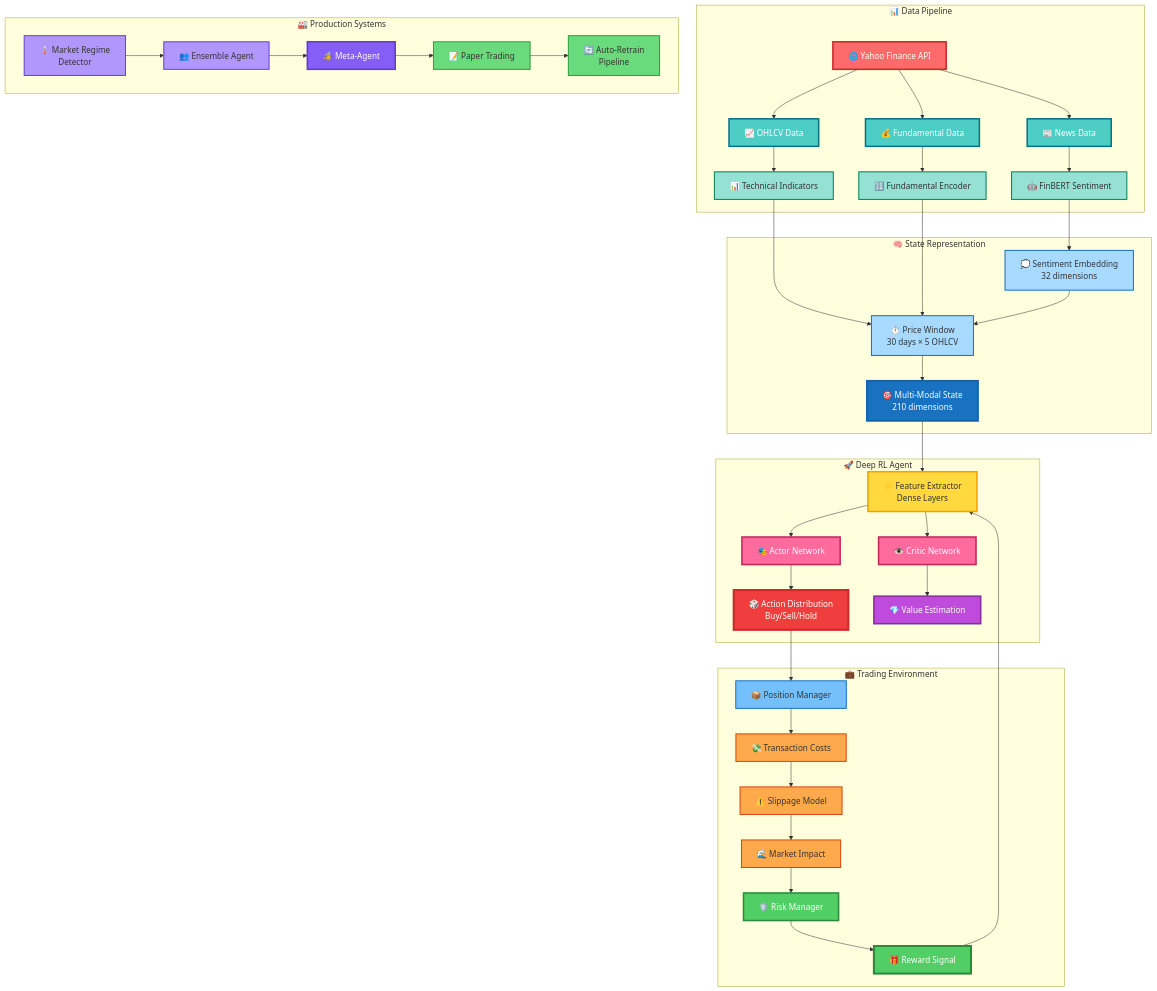
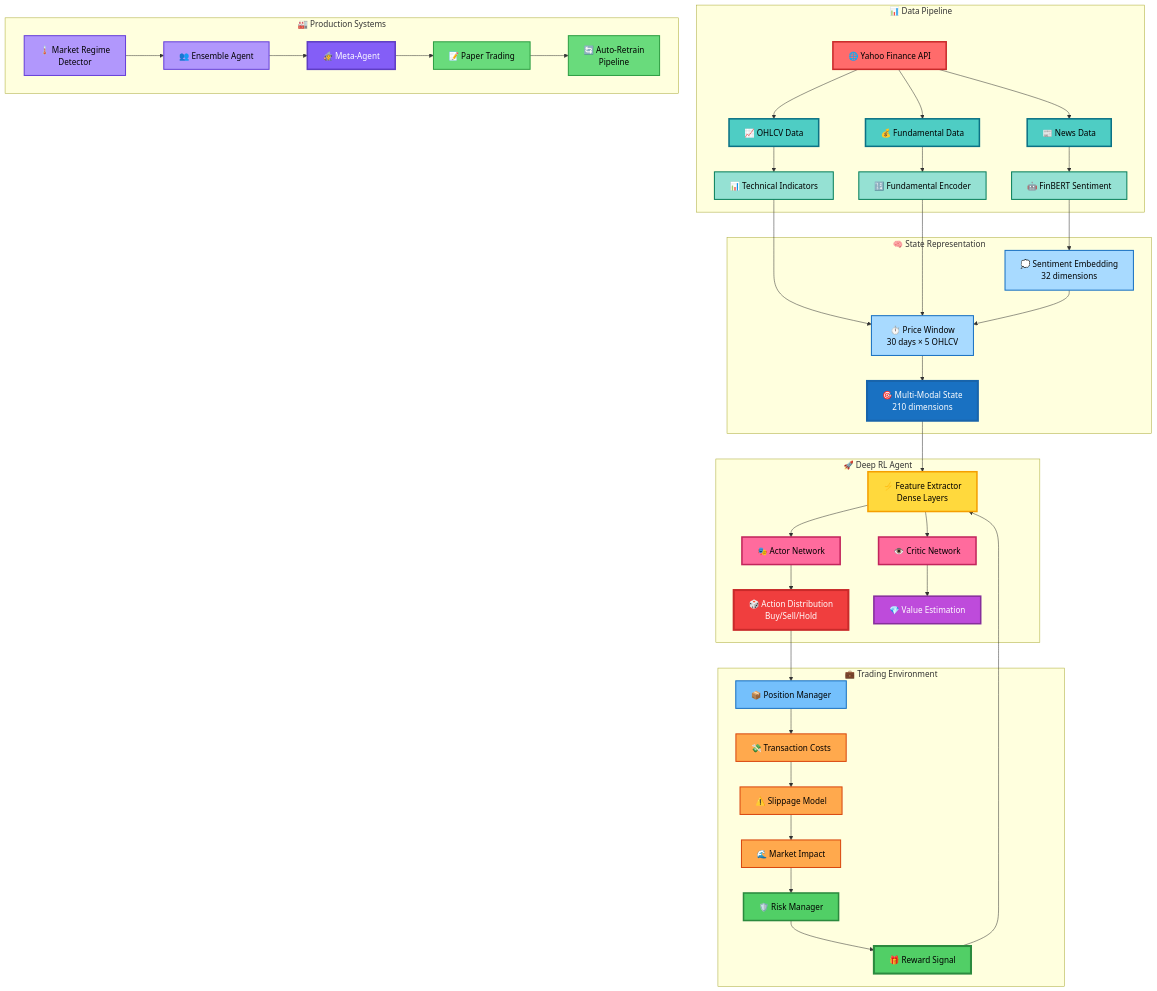
Before and after one commit to gregorizeidler/AlphaAgent: the diagram in README.md, drawn with Mermaid.

Commit message:
🎨 Fix Mermaid diagram text contrast
- Changed most text colors from white (#fff) to black (#000)
- Kept white text only on dark backgrounds (J, N, O, X)
- Improved readability on light colored nodes
- Better contrast on all nodes

````diff
--- a/README.md
+++ b/README.md
@@ -38,75 +38,75 @@
 ```mermaid
 graph TB
     subgraph "📊 Data Pipeline"
         A[🌐 Yahoo Finance API] --> B[📈 OHLCV Data]
         A --> C[💰 Fundamental Data]
         A --> D[📰 News Data]
         B --> E[📊 Technical Indicators]
         C --> F[🔢 Fundamental Encoder]
         D --> G[🤖 FinBERT Sentiment]
     end
     
     subgraph "🧠 State Representation"
         E --> H[⏱️ Price Window<br/>30 days × 5 OHLCV]
         F --> H
         G --> I[💭 Sentiment Embedding<br/>32 dimensions]
         I --> H
         H --> J[🎯 Multi-Modal State<br/>210 dimensions]
     end
     
     subgraph "🚀 Deep RL Agent"
         J --> K[⚡ Feature Extractor<br/>Dense Layers]
         K --> L[🎭 Actor Network]
         K --> M[👁️ Critic Network]
         L --> N[🎲 Action Distribution<br/>Buy/Sell/Hold]
         M --> O[💎 Value Estimation]
     end
     
     subgraph "💼 Trading Environment"
         N --> P[📦 Position Manager]
         P --> Q[💸 Transaction Costs]
         Q --> R[⚠️ Slippage Model]
         R --> S[🌊 Market Impact]
         S --> T[🛡️ Risk Manager]
         T --> U[🎁 Reward Signal]
         U --> K
     end
     
     subgraph "🏭 Production Systems"
         V[🌡️ Market Regime<br/>Detector] --> W[👥 Ensemble Agent]
         W --> X[🧙 Meta-Agent]
         X --> Y[📝 Paper Trading]
         Y --> Z[🔄 Auto-Retrain<br/>Pipeline]
     end
     
-    style A fill:#FF6B6B,stroke:#C92A2A,stroke-width:3px,color:#fff
-    style B fill:#4ECDC4,stroke:#0B7285,stroke-width:3px,color:#fff
-    style C fill:#4ECDC4,stroke:#0B7285,stroke-width:3px,color:#fff
-    style D fill:#4ECDC4,stroke:#0B7285,stroke-width:3px,color:#fff
-    style E fill:#95E1D3,stroke:#087F5B,stroke-width:2px
-    style F fill:#95E1D3,stroke:#087F5B,stroke-width:2px
-    style G fill:#95E1D3,stroke:#087F5B,stroke-width:2px
+    style A fill:#FF6B6B,stroke:#C92A2A,stroke-width:3px,color:#000
+    style B fill:#4ECDC4,stroke:#0B7285,stroke-width:3px,color:#000
+    style C fill:#4ECDC4,stroke:#0B7285,stroke-width:3px,color:#000
+    style D fill:#4ECDC4,stroke:#0B7285,stroke-width:3px,color:#000
+    style E fill:#95E1D3,stroke:#087F5B,stroke-width:2px,color:#000
+    style F fill:#95E1D3,stroke:#087F5B,stroke-width:2px,color:#000
+    style G fill:#95E1D3,stroke:#087F5B,stroke-width:2px,color:#000
     
-    style H fill:#A8DAFF,stroke:#1971C2,stroke-width:2px
-    style I fill:#A8DAFF,stroke:#1971C2,stroke-width:2px
+    style H fill:#A8DAFF,stroke:#1971C2,stroke-width:2px,color:#000
+    style I fill:#A8DAFF,stroke:#1971C2,stroke-width:2px,color:#000
     style J fill:#1971C2,stroke:#1864AB,stroke-width:4px,color:#fff
     
-    style K fill:#FFD93D,stroke:#F59F00,stroke-width:3px
-    style L fill:#FF6B9D,stroke:#C2255C,stroke-width:3px,color:#fff
-    style M fill:#FF6B9D,stroke:#C2255C,stroke-width:3px,color:#fff
+    style K fill:#FFD93D,stroke:#F59F00,stroke-width:3px,color:#000
+    style L fill:#FF6B9D,stroke:#C2255C,stroke-width:3px,color:#000
+    style M fill:#FF6B9D,stroke:#C2255C,stroke-width:3px,color:#000
     style N fill:#F03E3E,stroke:#C92A2A,stroke-width:4px,color:#fff
     style O fill:#BE4BDB,stroke:#862E9C,stroke-width:3px,color:#fff
     
-    style P fill:#74C0FC,stroke:#1971C2,stroke-width:2px
-    style Q fill:#FFA94D,stroke:#D9480F,stroke-width:2px
-    style R fill:#FFA94D,stroke:#D9480F,stroke-width:2px
-    style S fill:#FFA94D,stroke:#D9480F,stroke-width:2px
-    style T fill:#51CF66,stroke:#2B8A3E,stroke-width:3px,color:#fff
-    style U fill:#51CF66,stroke:#2B8A3E,stroke-width:4px,color:#fff
+    style P fill:#74C0FC,stroke:#1971C2,stroke-width:2px,color:#000
+    style Q fill:#FFA94D,stroke:#D9480F,stroke-width:2px,color:#000
+    style R fill:#FFA94D,stroke:#D9480F,stroke-width:2px,color:#000
+    style S fill:#FFA94D,stroke:#D9480F,stroke-width:2px,color:#000
+    style T fill:#51CF66,stroke:#2B8A3E,stroke-width:3px,color:#000
+    style U fill:#51CF66,stroke:#2B8A3E,stroke-width:4px,color:#000
     
-    style V fill:#B197FC,stroke:#6741D9,stroke-width:2px
-    style W fill:#B197FC,stroke:#6741D9,stroke-width:2px
+    style V fill:#B197FC,stroke:#6741D9,stroke-width:2px,color:#000
+    style W fill:#B197FC,stroke:#6741D9,stroke-width:2px,color:#000
     style X fill:#845EF7,stroke:#5F3DC4,stroke-width:3px,color:#fff
-    style Y fill:#69DB7C,stroke:#2F9E44,stroke-width:2px
-    style Z fill:#69DB7C,stroke:#2F9E44,stroke-width:2px
+    style Y fill:#69DB7C,stroke:#2F9E44,stroke-width:2px,color:#000
+    style Z fill:#69DB7C,stroke:#2F9E44,stroke-width:2px,color:#000
 ```
````
